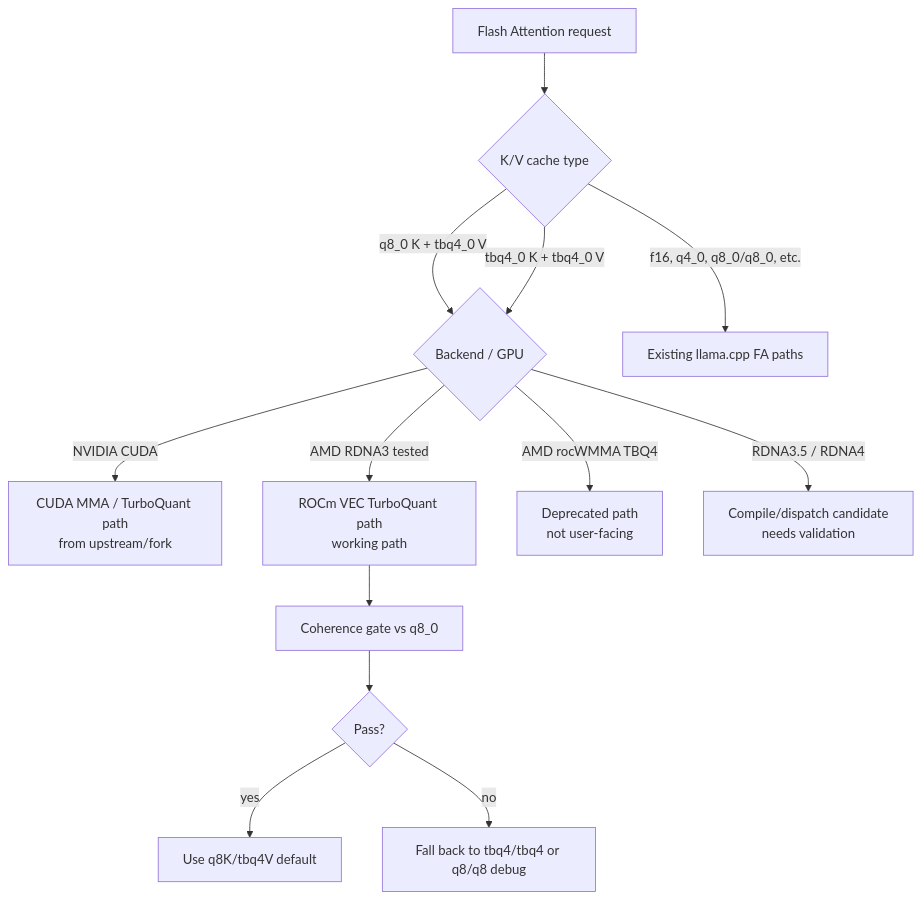
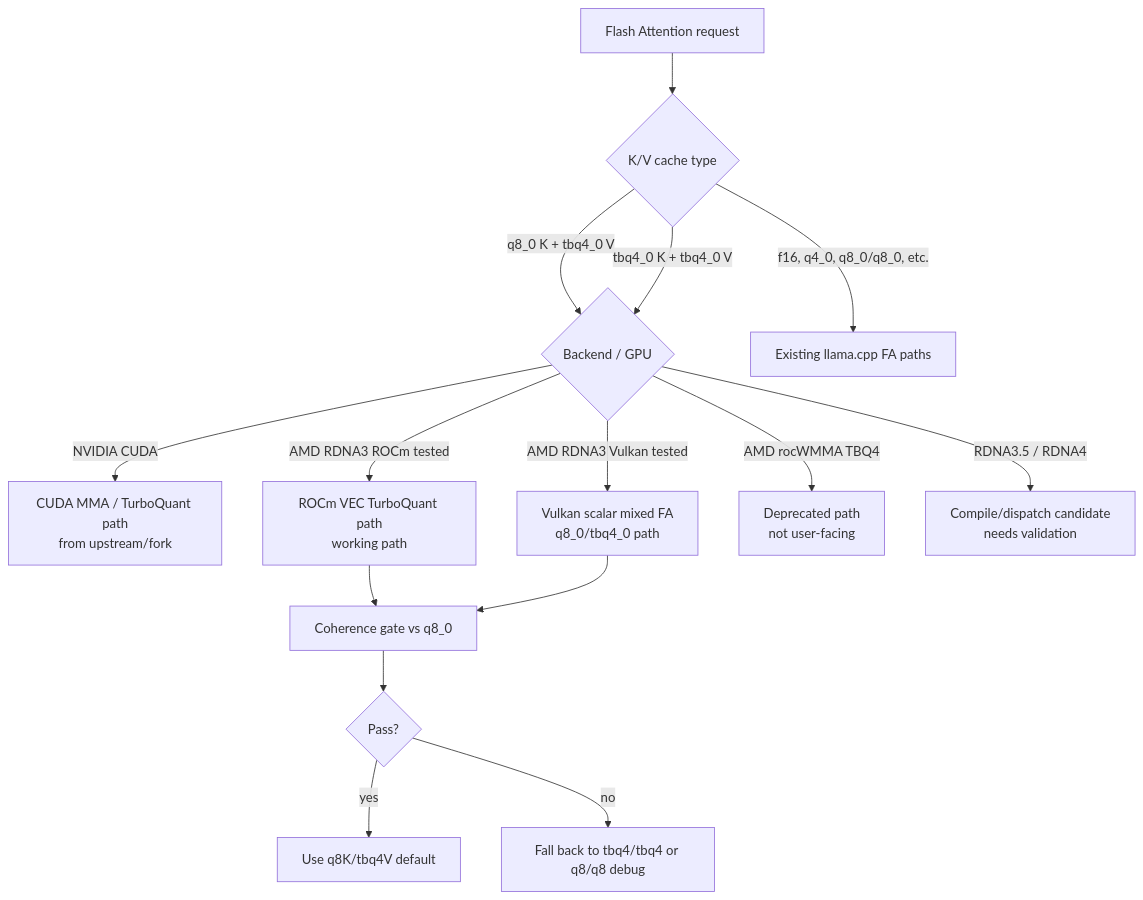
One commit to DrBearJew/RoxxY changed the second of 2 diagrams in README.md. Above: the diagram before and after it, drawn with Mermaid. The commit also changed other lines of this file, not shown here.

````diff
--- a/README.md
+++ b/README.md
@@ -110,18 +225,20 @@
 ```mermaid
 flowchart TD
     A[Flash Attention request] --> B{K/V cache type}
 
     B -->|q8_0 K + tbq4_0 V| C{Backend / GPU}
     B -->|tbq4_0 K + tbq4_0 V| C
     B -->|f16, q4_0, q8_0/q8_0, etc.| D[Existing llama.cpp FA paths]
 
     C -->|NVIDIA CUDA| E[CUDA MMA / TurboQuant path<br/>from upstream/fork]
-    C -->|AMD RDNA3 tested| F[ROCm VEC TurboQuant path<br/>working path]
+    C -->|AMD RDNA3 ROCm tested| F[ROCm VEC TurboQuant path<br/>working path]
+    C -->|AMD RDNA3 Vulkan tested| VVK[Vulkan scalar mixed FA<br/>q8_0/tbq4_0 path]
     C -->|AMD rocWMMA TBQ4| G[Deprecated path<br/>not user-facing]
     C -->|RDNA3.5 / RDNA4| H[Compile/dispatch candidate<br/>needs validation]
 
     F --> I[Coherence gate vs q8_0]
+    VVK --> I
     I --> J{Pass?}
     J -->|yes| K[Use q8K/tbq4V default]
     J -->|no| L[Fall back to tbq4/tbq4 or q8/q8 debug]
 ```
````
